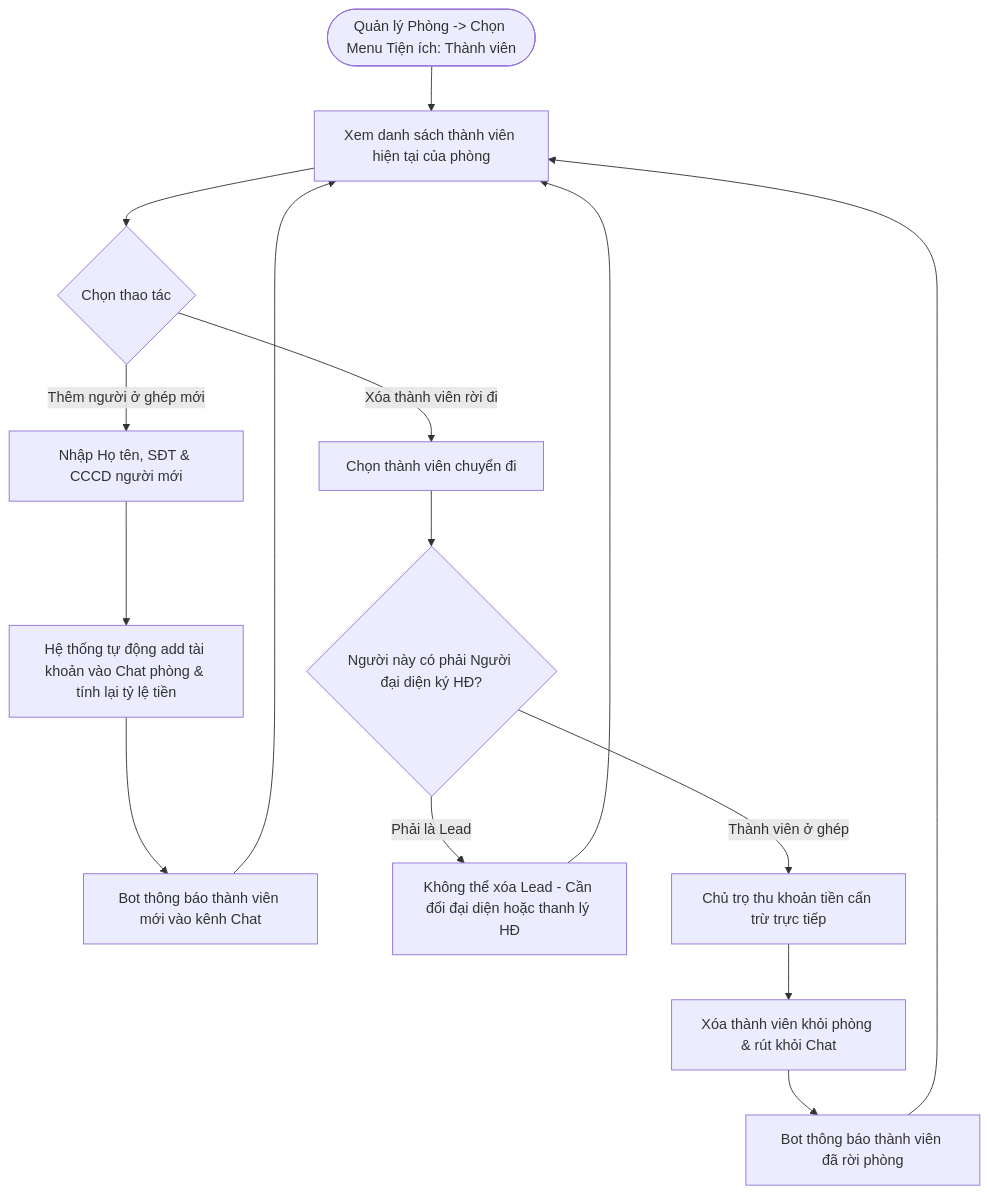
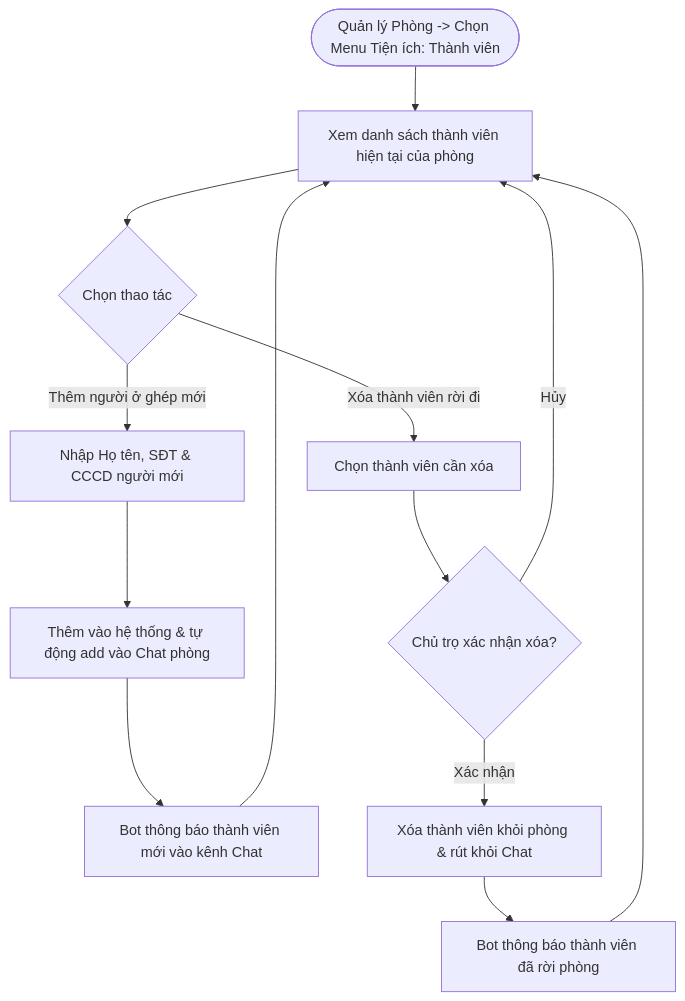
Before and after one commit to pbl6-home-renter/docs: the fourth of 8 diagrams in phase-1/discovery/user_flow/landlord_user_flow.md, drawn with Mermaid. The commit also changed other lines of this file and 6 other files, not shown here.

````diff
--- a/phase-1/discovery/user_flow/landlord_user_flow.md
+++ b/phase-1/discovery/user_flow/landlord_user_flow.md
@@ -120,18 +119,17 @@
 ```mermaid
 flowchart TD
     StartMember([Quản lý Phòng -> Chọn Menu Tiện ích: Thành viên]) --> ViewMembers[Xem danh sách thành viên hiện tại của phòng]
     ViewMembers --> MemberAction{Chọn thao tác}
     
     %% Thêm người ở ghép
     MemberAction -->|Thêm người ở ghép mới| InputNewMember[Nhập Họ tên, SĐT & CCCD người mới]
-    InputNewMember --> AddToChat[Hệ thống tự động add tài khoản vào Chat phòng & tính lại tỷ lệ tiền]
-    AddToChat --> BotMsgNew[Bot thông báo thành viên mới vào kênh Chat] --> ViewMembers
+    InputNewMember --> AddToSystem[Thêm vào hệ thống & tự động add vào Chat phòng]
+    AddToSystem --> BotMsgNew[Bot thông báo thành viên mới vào kênh Chat] --> ViewMembers
     
     %% Xóa thành viên rời đi
-    MemberAction -->|Xóa thành viên rời đi| SelectRemove[Chọn thành viên chuyển đi]
-    SelectRemove --> CheckLeadRole{Người này có phải Người đại diện ký HĐ?}
-    CheckLeadRole -->|Phải là Lead| BlockRemove[Không thể xóa Lead - Cần đổi đại diện hoặc thanh lý HĐ] --> ViewMembers
-    CheckLeadRole -->|Thành viên ở ghép| SettleDebt[Chủ trọ thu khoản tiền cấn trừ trực tiếp]
-    SettleDebt --> RemoveMember[Xóa thành viên khỏi phòng & rút khỏi Chat]
+    MemberAction -->|Xóa thành viên rời đi| SelectRemove[Chọn thành viên cần xóa]
+    SelectRemove --> ConfirmRemove{Chủ trọ xác nhận xóa?}
+    ConfirmRemove -->|Hủy| ViewMembers
+    ConfirmRemove -->|Xác nhận| RemoveMember[Xóa thành viên khỏi phòng & rút khỏi Chat]
     RemoveMember --> BotMsgLeave[Bot thông báo thành viên đã rời phòng] --> ViewMembers
 ```
````
